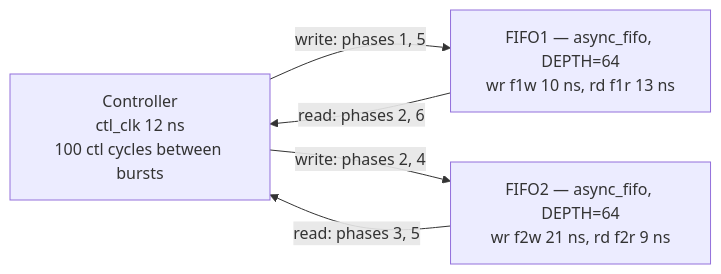
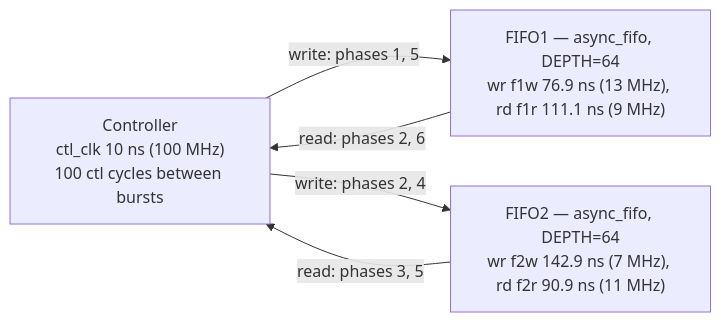
The diagram in README.md (irsyadinexus/test-async-fifo), drawn with Mermaid before and after one commit. The commit also changed other lines of this file, not shown here.

First line of the commit message:
docs: update two-FIFO clocks and measured spacing

````diff
--- a/README.md
+++ b/README.md
@@ -127,10 +127,10 @@
 ```mermaid
 flowchart LR
-    C["Controller<br/>ctl_clk 12 ns<br/>100 ctl cycles between bursts"]
-    F1["FIFO1 — async_fifo, DEPTH=64<br/>wr f1w 10 ns, rd f1r 13 ns"]
-    F2["FIFO2 — async_fifo, DEPTH=64<br/>wr f2w 21 ns, rd f2r 9 ns"]
+    C["Controller<br/>ctl_clk 10 ns (100 MHz)<br/>100 ctl cycles between bursts"]
+    F1["FIFO1 — async_fifo, DEPTH=64<br/>wr f1w 76.9 ns (13 MHz), rd f1r 111.1 ns (9 MHz)"]
+    F2["FIFO2 — async_fifo, DEPTH=64<br/>wr f2w 142.9 ns (7 MHz), rd f2r 90.9 ns (11 MHz)"]
     C -->|"write: phases 1, 5"| F1
     F1 -->|"read: phases 2, 6"| C
     C -->|"write: phases 2, 4"| F2
     F2 -->|"read: phases 3, 5"| C
 ```
````
